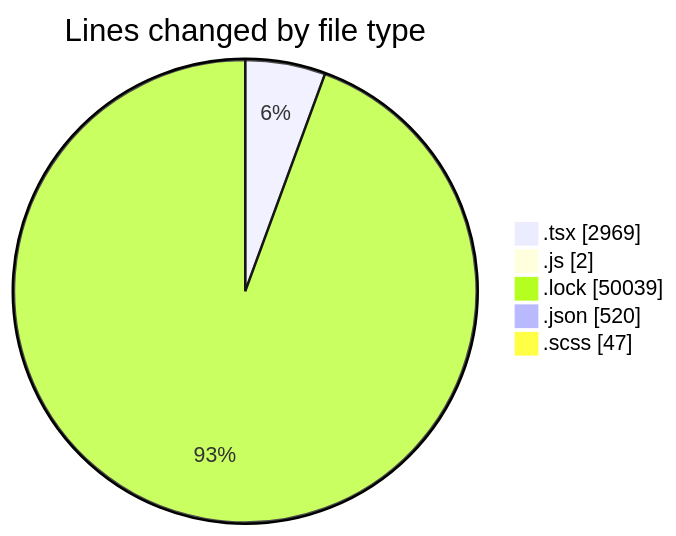
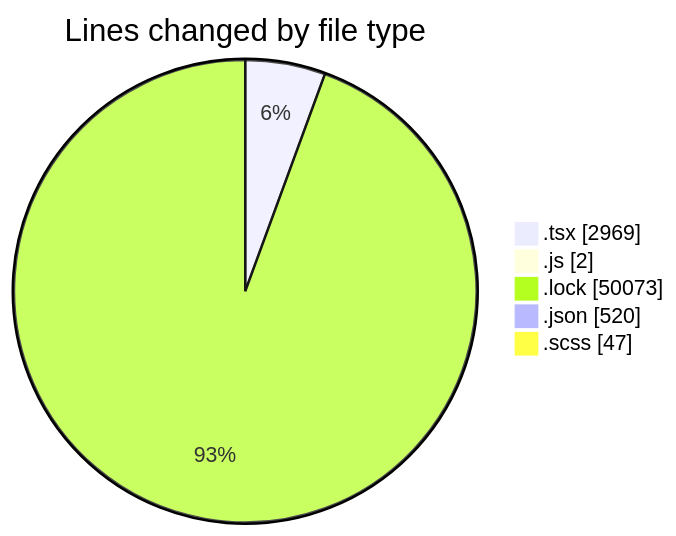
Before and after one commit to momahboobian/code-tracking: the first of 2 diagrams in 2026-05-15/cda/README.md, drawn with Mermaid. The commit also changed other lines of this file and 1 other file, not shown here.

````diff
--- a/2026-05-15/cda/README.md
+++ b/2026-05-15/cda/README.md
@@ -44,9 +44,9 @@
 ```mermaid
 pie showData
 title Lines changed by file type
 ".tsx" : 2969
 ".js" : 2
-".lock" : 50039
+".lock" : 50073
 ".json" : 520
 ".scss" : 47
 ```
````
